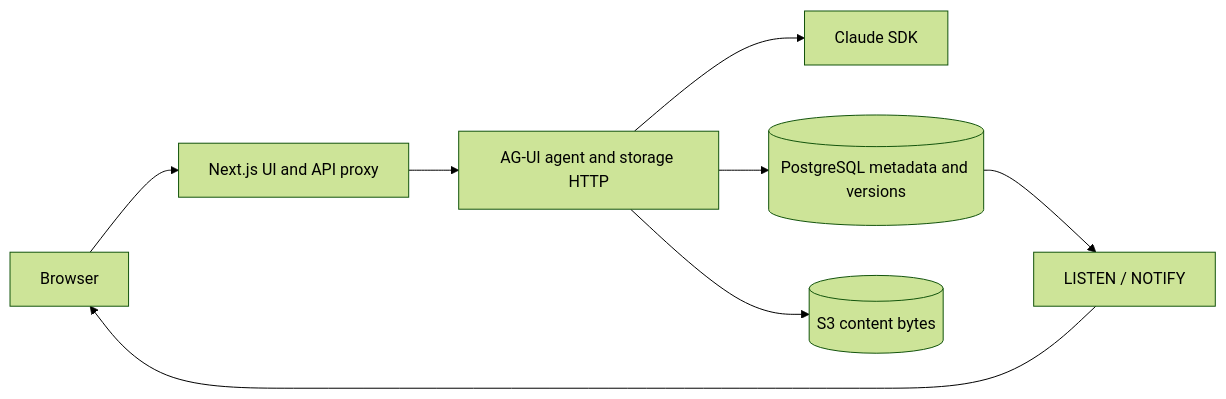
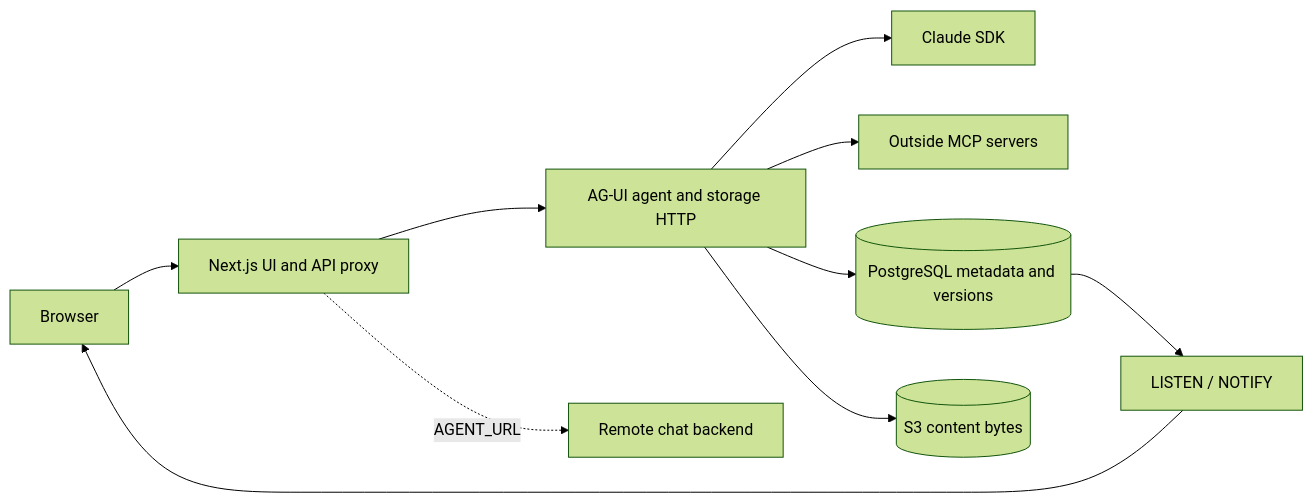
Before and after one commit to dnlintsm/knowledge-chatroom: the diagram in docs/architecture.md, drawn with Mermaid (forest theme). The commit also changed other lines of this file and 6 other files, not shown here.

````diff
--- a/docs/architecture.md
+++ b/docs/architecture.md
@@ -13,10 +13,12 @@
 ```mermaid
 flowchart LR
   Browser --> Next[Next.js UI and API proxy]
   Next --> Agent[AG-UI agent and storage HTTP]
+  Next -.->|AGENT_URL| Remote[Remote chat backend]
   Agent --> Claude[Claude SDK]
+  Agent --> MCP[Outside MCP servers]
   Agent --> PG[(PostgreSQL metadata and versions)]
   Agent --> S3[(S3 content bytes)]
   PG --> Events[LISTEN / NOTIFY]
   Events --> Browser
 ```
````
